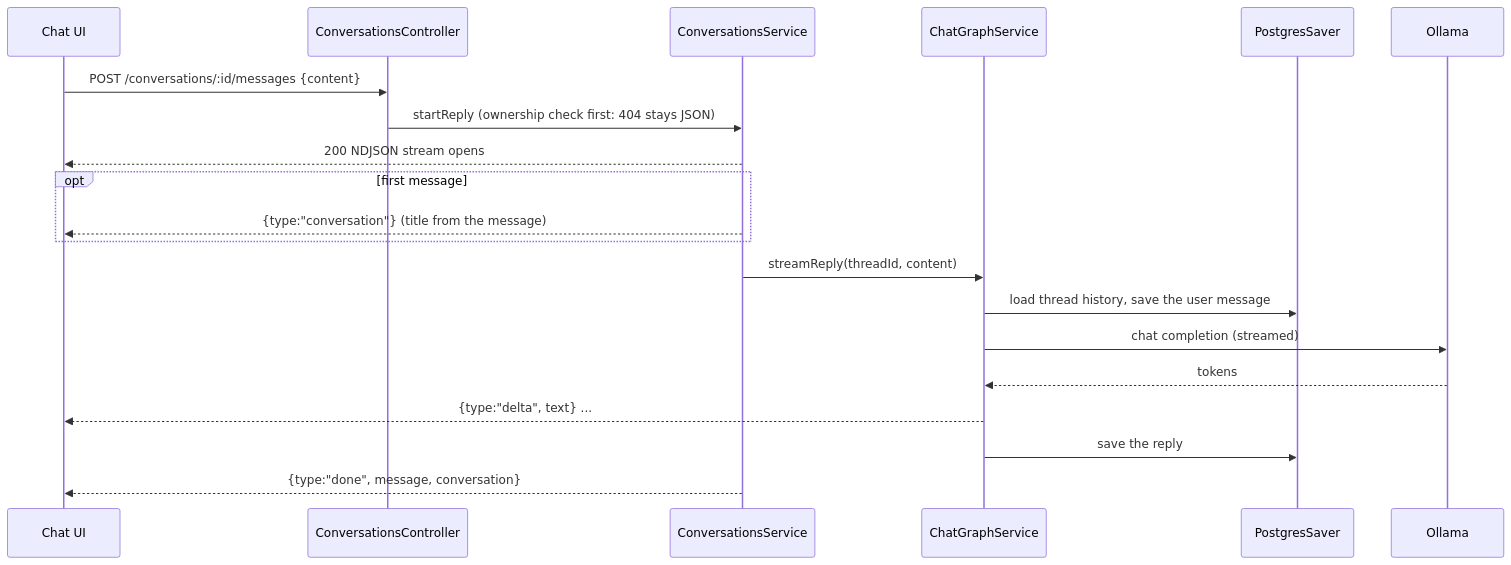
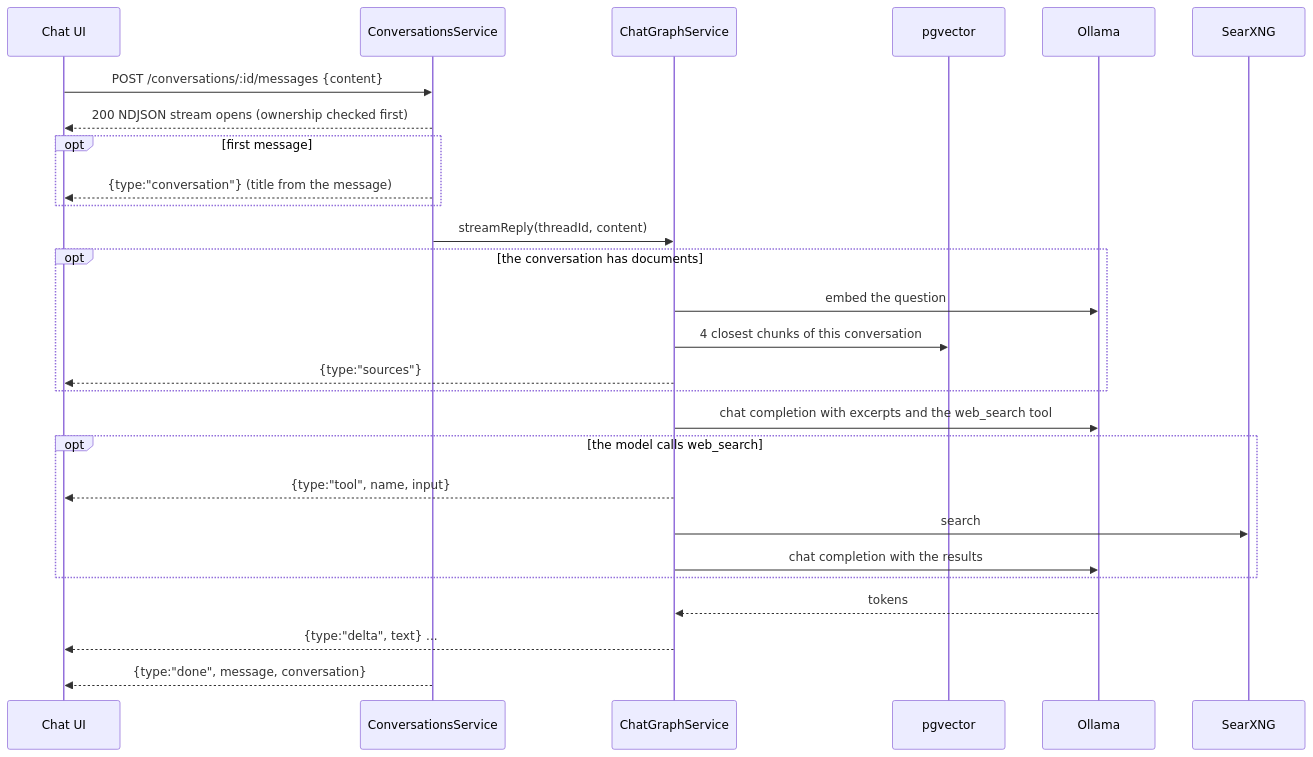
The diagram in docs/chatbot/backend/flow.md (Basit787/my-app), drawn with Mermaid before and after one commit. The commit also changed other lines of this file and 243 other files, not shown here.

````diff
--- a/docs/chatbot/backend/flow.md
+++ b/docs/chatbot/backend/flow.md
@@ -5,22 +5,29 @@
 ```mermaid
 sequenceDiagram
     participant UI as Chat UI
-    participant C as ConversationsController
     participant S as ConversationsService
     participant G as ChatGraphService
-    participant P as PostgresSaver
+    participant V as pgvector
     participant L as Ollama
-    UI->>C: POST /conversations/:id/messages {content}
-    C->>S: startReply (ownership check first: 404 stays JSON)
-    S-->>UI: 200 NDJSON stream opens
+    participant W as SearXNG
+    UI->>S: POST /conversations/:id/messages {content}
+    S-->>UI: 200 NDJSON stream opens (ownership checked first)
     opt first message
         S-->>UI: {type:"conversation"} (title from the message)
     end
     S->>G: streamReply(threadId, content)
-    G->>P: load thread history, save the user message
-    G->>L: chat completion (streamed)
+    opt the conversation has documents
+        G->>L: embed the question
+        G->>V: 4 closest chunks of this conversation
+        G-->>UI: {type:"sources"}
+    end
+    G->>L: chat completion with excerpts and the web_search tool
+    opt the model calls web_search
+        G-->>UI: {type:"tool", name, input}
+        G->>W: search
+        G->>L: chat completion with the results
+    end
     L-->>G: tokens
     G-->>UI: {type:"delta", text} ...
-    G->>P: save the reply
     S-->>UI: {type:"done", message, conversation}
 ```
````
